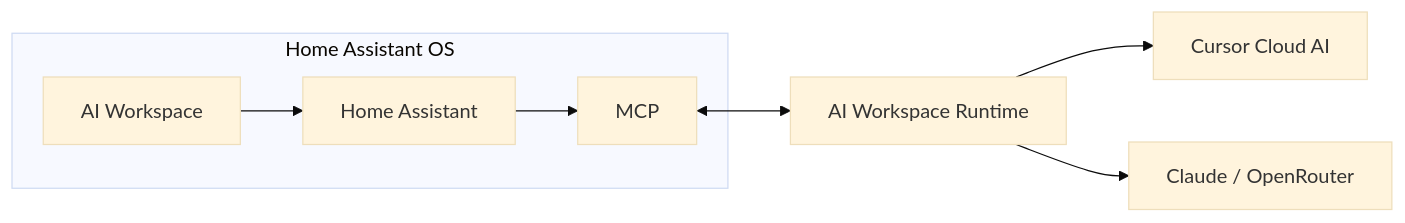
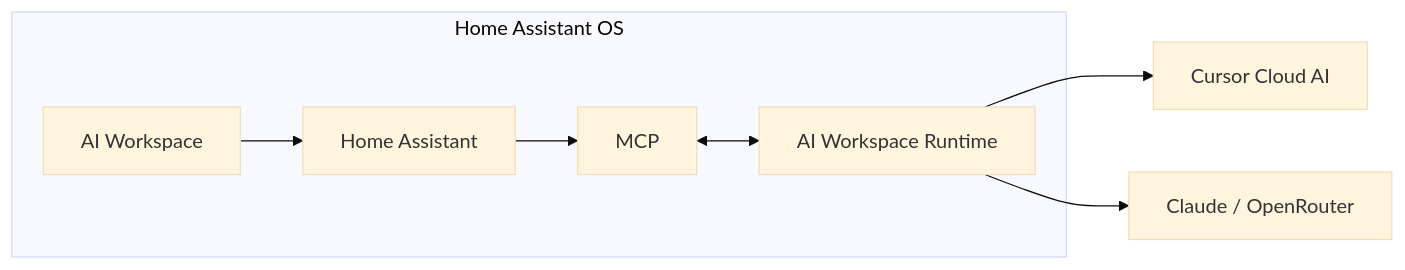
One commit to domdus/ha-ai-workspace changed the first of 2 diagrams in README.md. Above: the diagram before and after it, drawn with Mermaid (base theme). The commit also changed other lines of this file, not shown here.

Commit message:
Show the runtime app inside Home Assistant OS in the README diagram.

````diff
--- a/README.md
+++ b/README.md
@@ -135,15 +135,15 @@
 ```mermaid
 flowchart LR
   subgraph HAOS["Home Assistant OS"]
     AW[AI Workspace]
     HA[Home Assistant]
     MCP[MCP]
+    RT[AI Workspace Runtime]
     AW --> HA --> MCP
+    MCP <--> RT
   end
-  RT[AI Workspace Runtime]
-  MCP <--> RT
   CC[Cursor Cloud AI]
   CL[Claude / OpenRouter]
   RT --> CC
   RT --> CL
 ```
````
